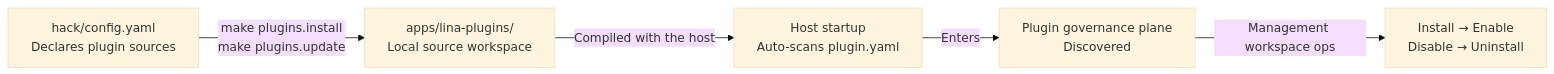
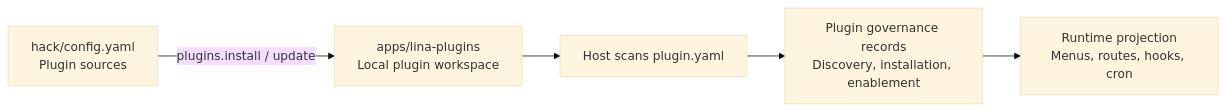
Before and after one commit to linaproai/linapro-site: the diagram in apps/lina-site/i18n/en/docusaurus-plugin-content-docs/current/docs/2000-components/5000-plugin-system/8000-plugin-management.md, drawn with Mermaid (base theme). The commit also changed other lines of this file and 6 other files, not shown here.

First line of the commit message:
docs(lina-site): sync EN i18n docs with updated Chinese source

````diff
--- a/apps/lina-site/i18n/en/docusaurus-plugin-content-docs/current/docs/2000-components/5000-plugin-system/8000-plugin-management.md
+++ b/apps/lina-site/i18n/en/docusaurus-plugin-content-docs/current/docs/2000-components/5000-plugin-system/8000-plugin-management.md
@@ -168,13 +35,13 @@
 ```mermaid
 flowchart LR
-    Config["hack/config.yaml<br/>Declares plugin sources"]
-    Workspace["apps/lina-plugins/<br/>Local source workspace"]
-    Host["Host startup<br/>Auto-scans plugin.yaml"]
-    Govern["Plugin governance plane<br/>Discovered"]
-    Lifecycle["Install → Enable<br/>Disable → Uninstall"]
+    Config["hack/config.yaml<br/>Plugin sources"]
+    Workspace["apps/lina-plugins<br/>Local plugin workspace"]
+    Host["Host scans plugin.yaml"]
+    Govern["Plugin governance records<br/>Discovery, installation, enablement"]
+    Runtime["Runtime projection<br/>Menus, routes, hooks, cron"]
 
-    Config -->|"make plugins.install<br/>make plugins.update"| Workspace
-    Workspace -->|"Compiled with the host"| Host
-    Host -->|"Enters"| Govern
-    Govern -->|"Management workspace ops"| Lifecycle
+    Config -->|"plugins.install / update"| Workspace
+    Workspace --> Host
+    Host --> Govern
+    Govern --> Runtime
 ```
````
